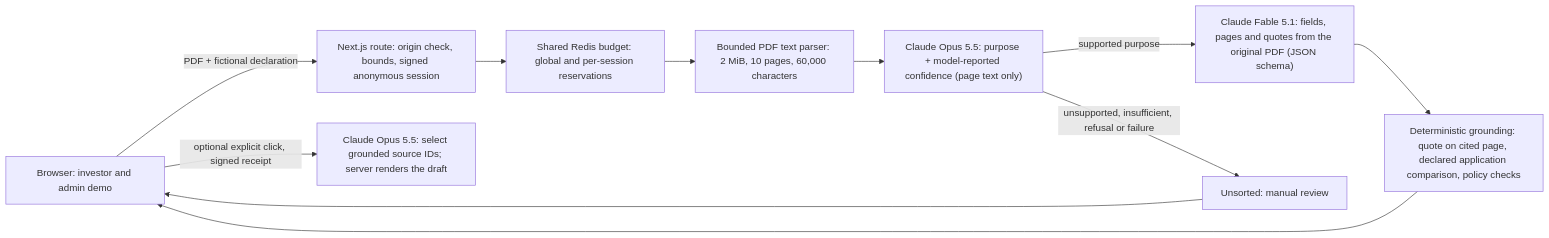
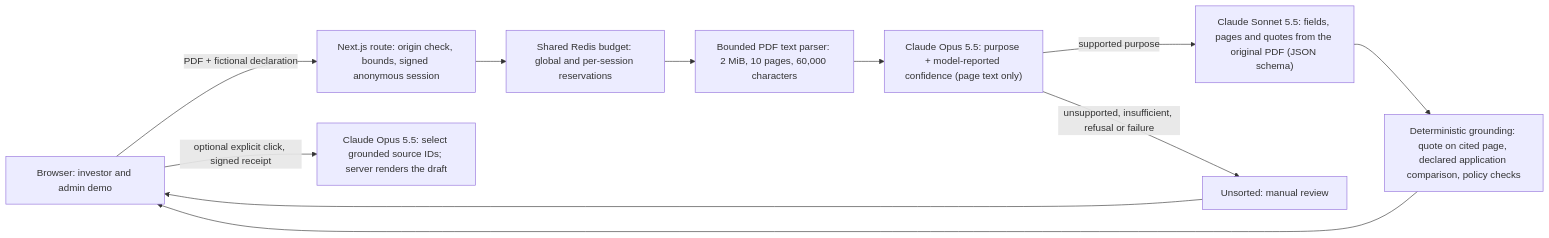
Before and after one commit to pranavred/velug-investor-onboarding-portal: the diagram in docs/architecture.md, drawn with Mermaid. The commit also changed other lines of this file and 20 other files, not shown here.

First line of the commit message:
Use Claude Sonnet 5.5 for extraction, add upstream evaluation status and screenshots

````diff
--- a/docs/architecture.md
+++ b/docs/architecture.md
@@ -3,13 +3,13 @@
 ```mermaid
 flowchart LR
   B[Browser: investor and admin demo] -->|PDF + fictional declaration| S[Next.js route: origin check, bounds, signed anonymous session]
   S --> Q[Shared Redis budget: global and per-session reservations]
   Q --> P[Bounded PDF text parser: 2 MiB, 10 pages, 60,000 characters]
   P --> C["Claude Opus 5.5: purpose + model-reported confidence (page text only)"]
-  C -->|supported purpose| E["Claude Fable 5.1: fields, pages and quotes from the original PDF (JSON schema)"]
+  C -->|supported purpose| E["Claude Sonnet 5.5: fields, pages and quotes from the original PDF (JSON schema)"]
   C -->|unsupported, insufficient, refusal or failure| U[Unsorted: manual review]
   E --> G[Deterministic grounding: quote on cited page, declared application comparison, policy checks]
   G --> B
   U --> B
   B -->|optional explicit click, signed receipt| D["Claude Opus 5.5: select grounded source IDs; server renders the draft"]
 ```
````
